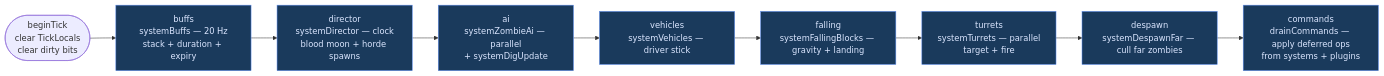
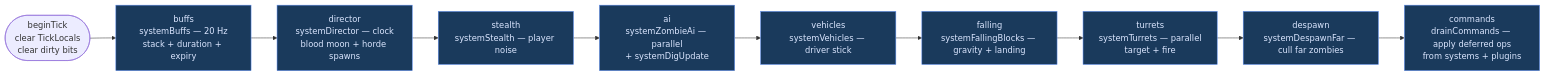
Before and after one commit to hordeforge/zdtd-server: the tenth of 19 diagrams in docs/ARCHITECTURE.md, drawn with Mermaid. The commit also changed other lines of this file, not shown here.

Commit message:
docs: ARCHITECTURE tick order matches the Phase enum
The pinned order listed a phantom 'animals' phase (wildlife spawning is a
[systems] toggle inside systemDirector, not a Phase) and the diagram omitted
stealth. Both now match src/ecs/schedule.zig exactly: begin -> buffs ->
director -> stealth -> ai -> vehicles -> falling -> turrets -> despawn ->
commands.

````diff
--- a/docs/ARCHITECTURE.md
+++ b/docs/ARCHITECTURE.md
@@ -403,15 +403,16 @@
 ```mermaid
 flowchart LR
     BEGIN([beginTick<br/>clear TickLocals<br/>clear dirty bits]) --> BUFFS
     BUFFS[buffs<br/>systemBuffs — 20 Hz<br/>stack + duration + expiry] --> DIR
-    DIR[director<br/>systemDirector — clock<br/>blood moon + horde spawns] --> AI
+    DIR[director<br/>systemDirector — clock<br/>blood moon + horde spawns] --> ST
+    ST[stealth<br/>systemStealth — player noise] --> AI
     AI[ai<br/>systemZombieAi — parallel<br/>+ systemDigUpdate] --> VEH
     VEH[vehicles<br/>systemVehicles — driver stick] --> FALL
     FALL[falling<br/>systemFallingBlocks — gravity + landing] --> TUR
     TUR[turrets<br/>systemTurrets — parallel<br/>target + fire] --> DESP
     DESP[despawn<br/>systemDespawnFar — cull far zombies] --> CMDS
     CMDS[commands<br/>drainCommands — apply deferred ops<br/>from systems + plugins]
 
     classDef phase fill:#1a3a5c,stroke:#5b8def,color:#dbe6ff
-    class BUFFS,DIR,AI,VEH,FALL,TUR,DESP,CMDS phase
+    class BUFFS,DIR,ST,AI,VEH,FALL,TUR,DESP,CMDS phase
 ```
````
